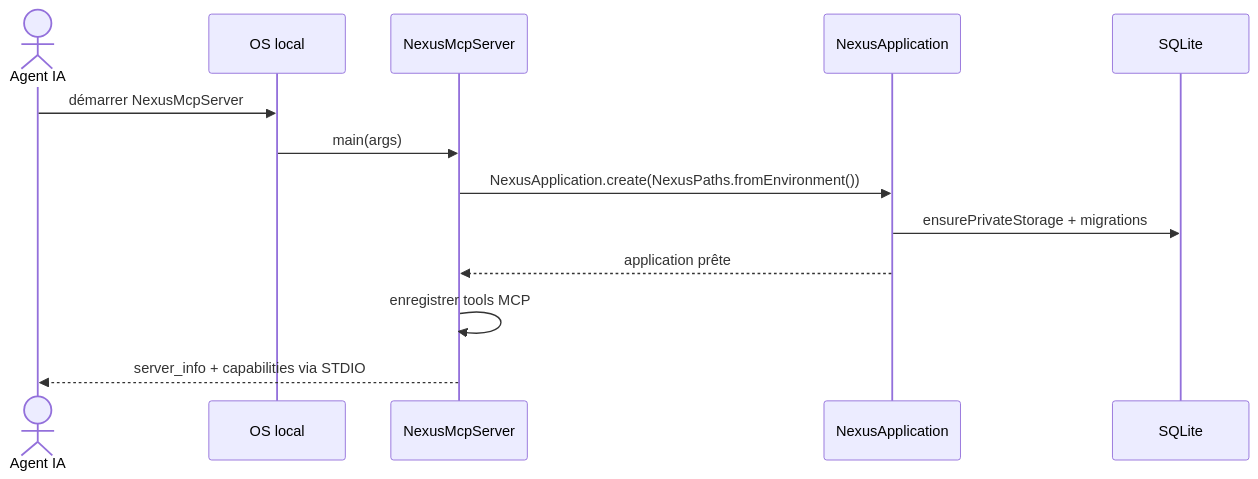
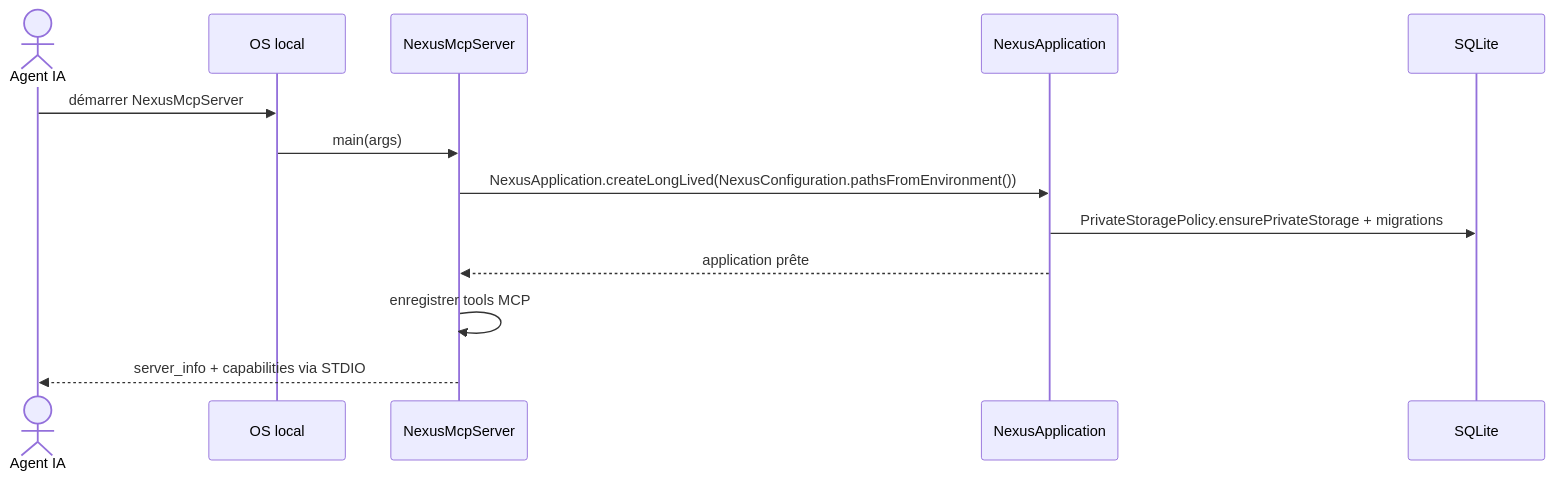
The eighth of 8 diagrams in docs/architecture/arc42/06-vue-execution.md (FTurleque/nexus-context-engine), drawn with Mermaid before and after one commit. The commit also changed 57 other files, not shown here.

````diff
--- a/docs/architecture/arc42/06-vue-execution.md
+++ b/docs/architecture/arc42/06-vue-execution.md
@@ -208,16 +208,16 @@
 ```mermaid
 sequenceDiagram
     actor Agent as Agent IA
     participant OS as OS local
     participant MCP as NexusMcpServer
     participant App as NexusApplication
     participant SQLite as SQLite
 
     Agent->>OS: démarrer NexusMcpServer
     OS->>MCP: main(args)
-    MCP->>App: NexusApplication.create(NexusPaths.fromEnvironment())
-    App->>SQLite: ensurePrivateStorage + migrations
+    MCP->>App: NexusApplication.createLongLived(NexusConfiguration.pathsFromEnvironment())
+    App->>SQLite: PrivateStoragePolicy.ensurePrivateStorage + migrations
     App-->>MCP: application prête
     MCP->>MCP: enregistrer tools MCP
     MCP-->>Agent: server_info + capabilities via STDIO
 ```
````
